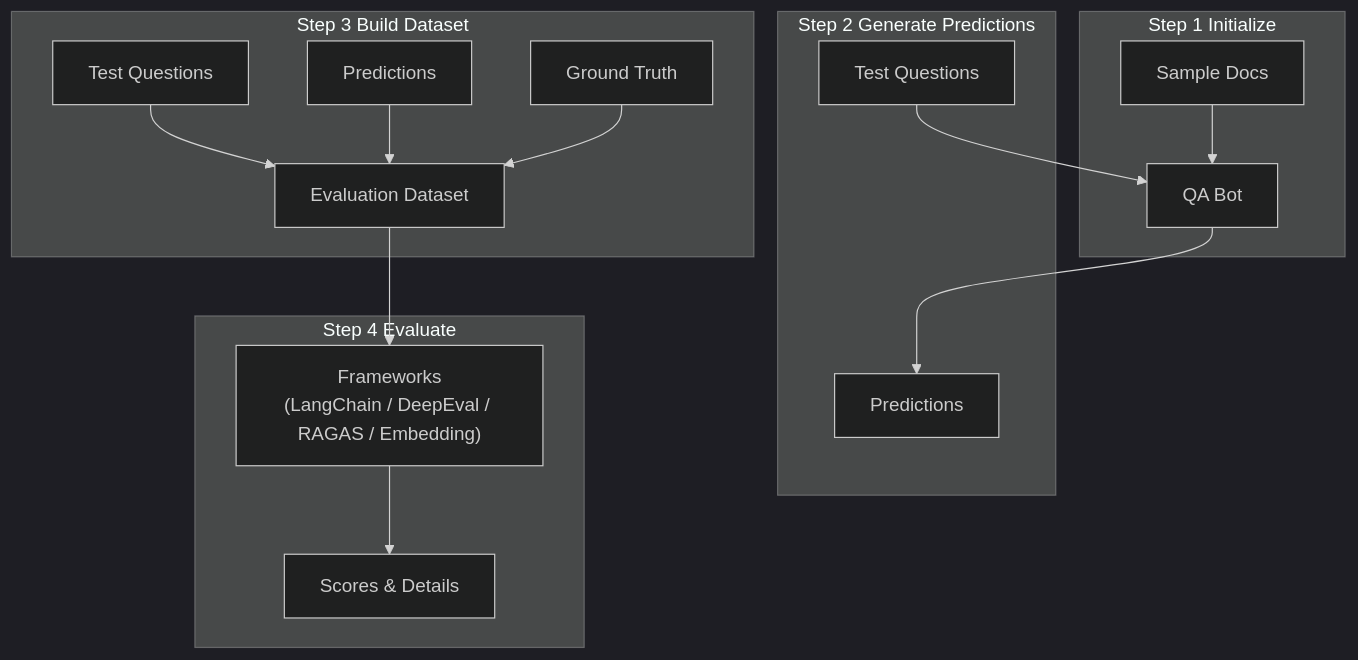
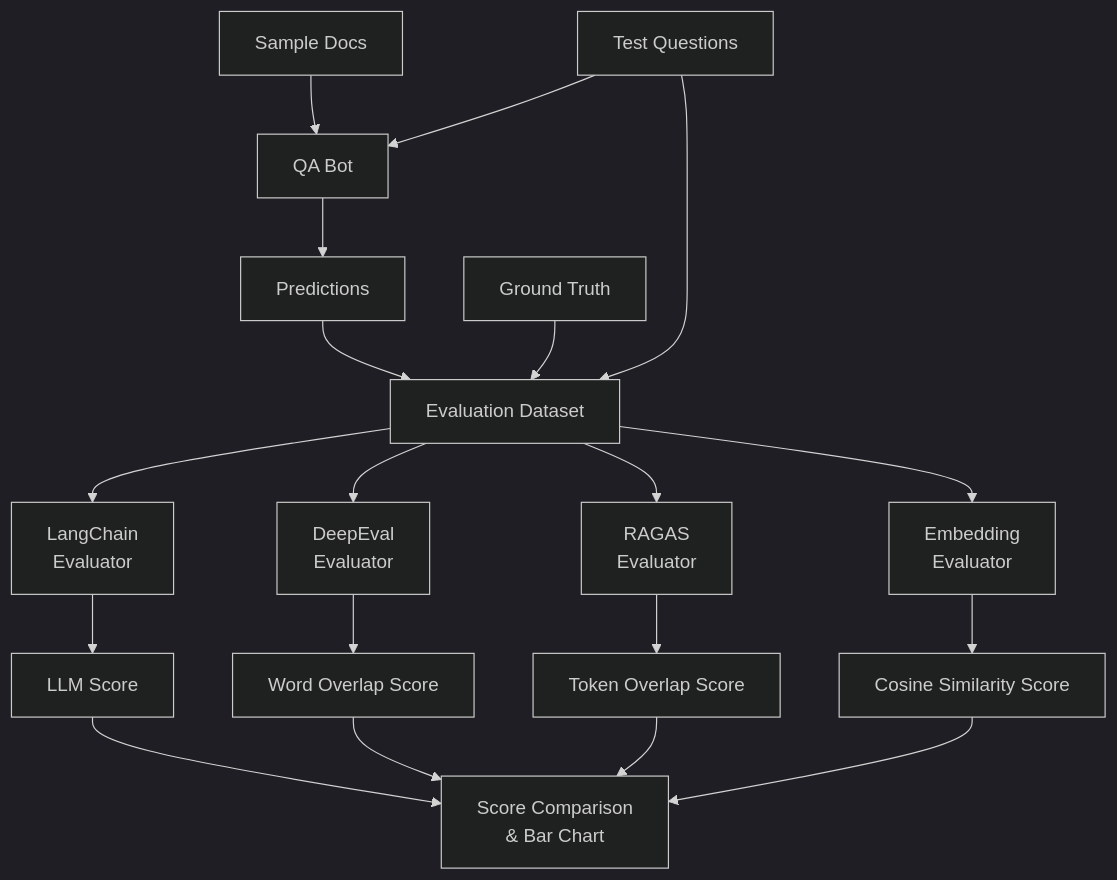
One commit to LiteObject/eval-framework-sandbox changed the diagram in README.md. Above: the diagram before and after it, drawn with Mermaid (dark theme).

Commit message:
Enhance visual flow in README.md with detailed mermaid diagram for evaluation process steps

````diff
--- a/README.md
+++ b/README.md
@@ -131,22 +133,30 @@
 ```mermaid
 flowchart TD
-    subgraph S1[Step 1 Initialize]
-        D[Sample Docs] --> Q[QA Bot]
-    end
-
-    subgraph S2[Step 2 Generate Predictions]
-        T[Test Questions] --> Q
-        Q --> P[Predictions]
-    end
-
-    subgraph S3[Step 3 Build Dataset]
-        T2[Test Questions] --> EDS[Evaluation Dataset]
-        P2[Predictions] --> EDS
-        G[Ground Truth] --> EDS
-    end
-
-    subgraph S4[Step 4 Evaluate]
-        EDS --> F["Frameworks\n(LangChain / DeepEval / RAGAS / Embedding)"]
-        F --> R[Scores & Details]
-    end
+    %% Step 1: Initialize
+    D[Sample Docs] --> Q[QA Bot]
+    
+    %% Step 2: Generate Predictions
+    T[Test Questions] --> Q
+    Q --> P[Predictions]
+    
+    %% Step 3: Build Dataset
+    T --> EDS[Evaluation Dataset]
+    P --> EDS
+    G[Ground Truth] --> EDS
+    
+    %% Step 4: Evaluate
+    EDS --> LC[LangChain<br/>Evaluator]
+    EDS --> DE[DeepEval<br/>Evaluator]
+    EDS --> RG[RAGAS<br/>Evaluator]
+    EDS --> EM[Embedding<br/>Evaluator]
+    
+    LC --> S1[LLM Score]
+    DE --> S2[Word Overlap Score]
+    RG --> S3[Token Overlap Score]
+    EM --> S4[Cosine Similarity Score]
+    
+    S1 --> COMP[Score Comparison<br/>& Bar Chart]
+    S2 --> COMP
+    S3 --> COMP
+    S4 --> COMP
 ```
````
